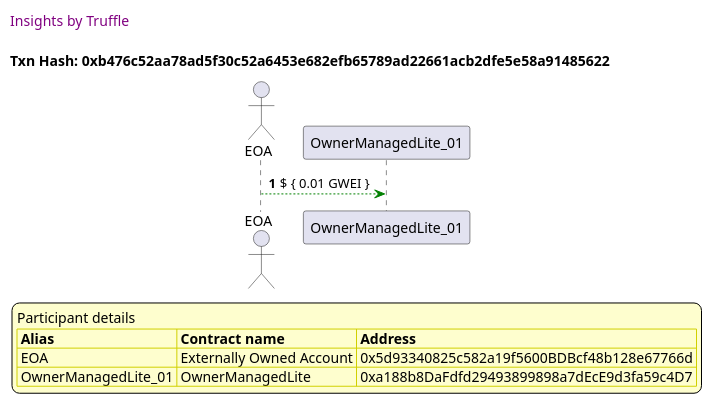
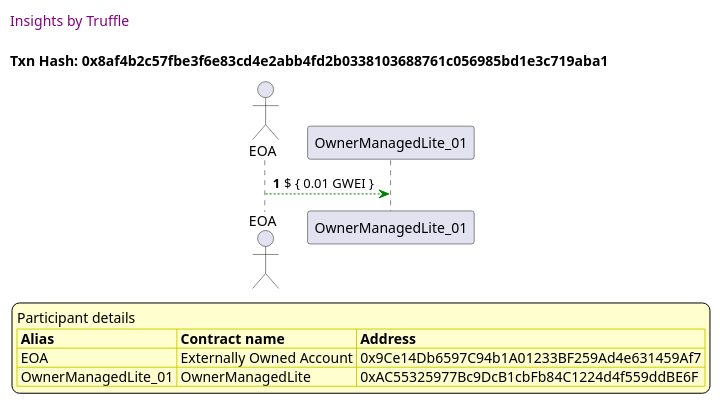
Diagram 14 of 53 in truffle-seq/OwnerManagedLite_test_withdraw_and_fallback.md (thedarkjester/ConsensysAssignment), drawn with PlantUML before and after one commit. The commit also changed other lines of this file and 13 other files, not shown here.

````diff
--- a/truffle-seq/OwnerManagedLite_test_withdraw_and_fallback.md
+++ b/truffle-seq/OwnerManagedLite_test_withdraw_and_fallback.md
@@ -600,36 +600,36 @@
 ```plantuml
 
 
 @startuml
 
 autonumber
 skinparam legendBackgroundColor #FEFECE
 
 <style>
       header {
         HorizontalAlignment left
         FontColor purple
         FontSize 14
         Padding 10
       }
     </style>
 
 header Insights by Truffle
 
-title Txn Hash: 0xb476c52aa78ad5f30c52a6453e682efb65789ad22661acb2dfe5e58a91485622
+title Txn Hash: 0x8af4b2c57fbe3f6e83cd4e2abb4fd2b0338103688761c056985bd1e3c719aba1
 
 
 actor EOA as "EOA"
 participant OwnerManagedLite_01 as "OwnerManagedLite_01"
 
 "EOA" -[#green]-> "OwnerManagedLite_01" : $ { 0.01 GWEI }
 
 legend
 Participant details
 <#FEFECE,#D0D000>|= Alias |= Contract name |= Address |
-<#FEFECE>| EOA | Externally Owned Account | 0x5d93340825c582a19f5600BDBcf48b128e67766d |
-<#FEFECE>| OwnerManagedLite_01 | OwnerManagedLite | 0xa188b8DaFdfd29493899898a7dEcE9d3fa59c4D7 |
+<#FEFECE>| EOA | Externally Owned Account | 0x9Ce14Db6597C94b1A01233BF259Ad4e631459Af7 |
+<#FEFECE>| OwnerManagedLite_01 | OwnerManagedLite | 0xAC55325977Bc9DcB1cbFb84C1224d4f559ddBE6F |
 endlegend
 
 @enduml
 ```
````
